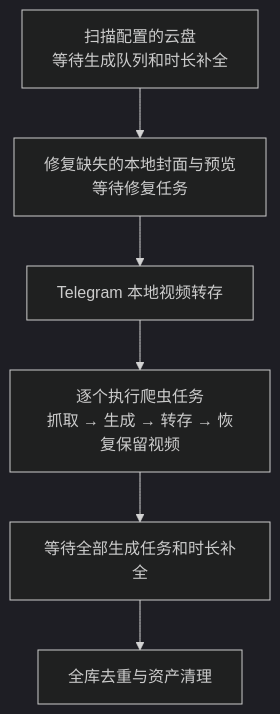
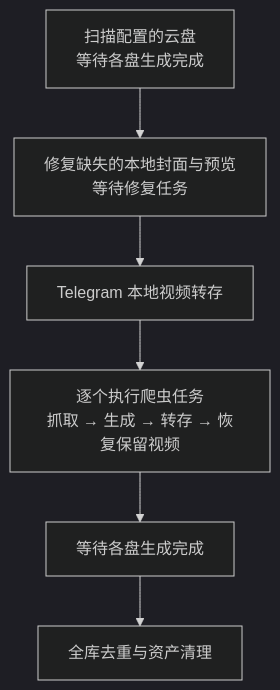
One commit to nianzhibai/91 changed the third of 3 diagrams in backend/README.md. Above: the diagram before and after it, drawn with Mermaid (dark theme). The commit also changed other lines of this file and 96 other files, not shown here.

````diff
--- a/backend/README.md
+++ b/backend/README.md
@@ -247,8 +263,8 @@
 ```mermaid
 flowchart TD
-    A["扫描配置的云盘<br/>等待生成队列和时长补全"] --> B["修复缺失的本地封面与预览<br/>等待修复任务"]
+    A["扫描配置的云盘<br/>等待各盘生成完成"] --> B["修复缺失的本地封面与预览<br/>等待修复任务"]
     B --> C["Telegram 本地视频转存"]
     C --> D["逐个执行爬虫任务<br/>抓取 → 生成 → 转存 → 恢复保留视频"]
-    D --> E["等待全部生成任务和时长补全"]
+    D --> E["等待各盘生成完成"]
     E --> F["全库去重与资产清理"]
 ```
````
